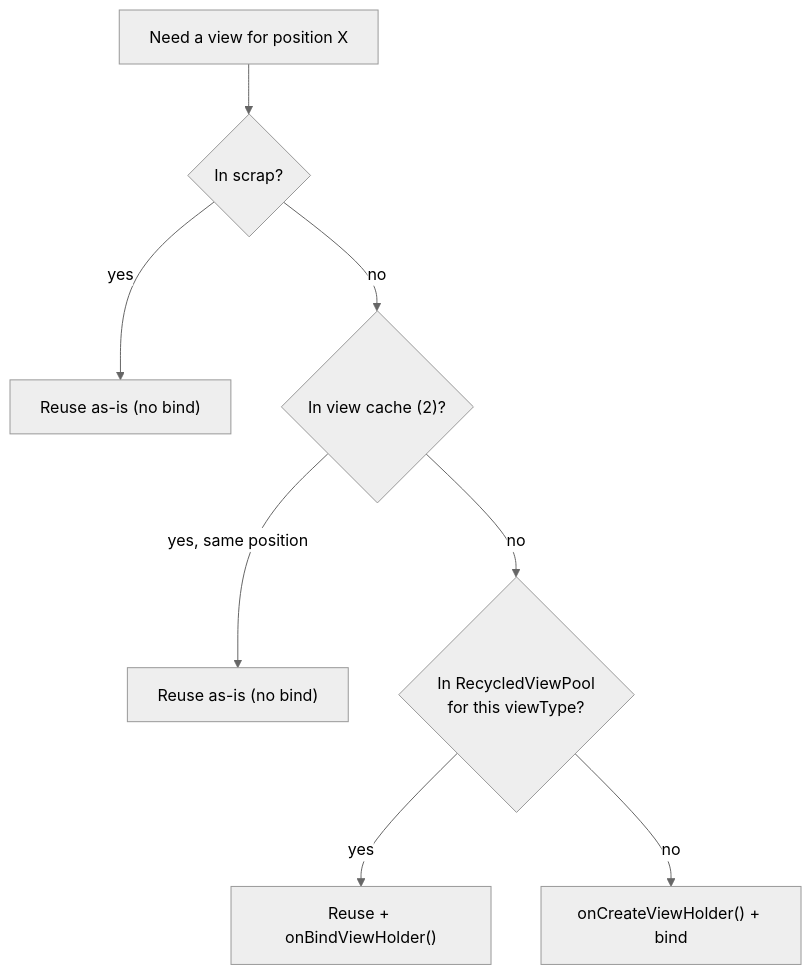
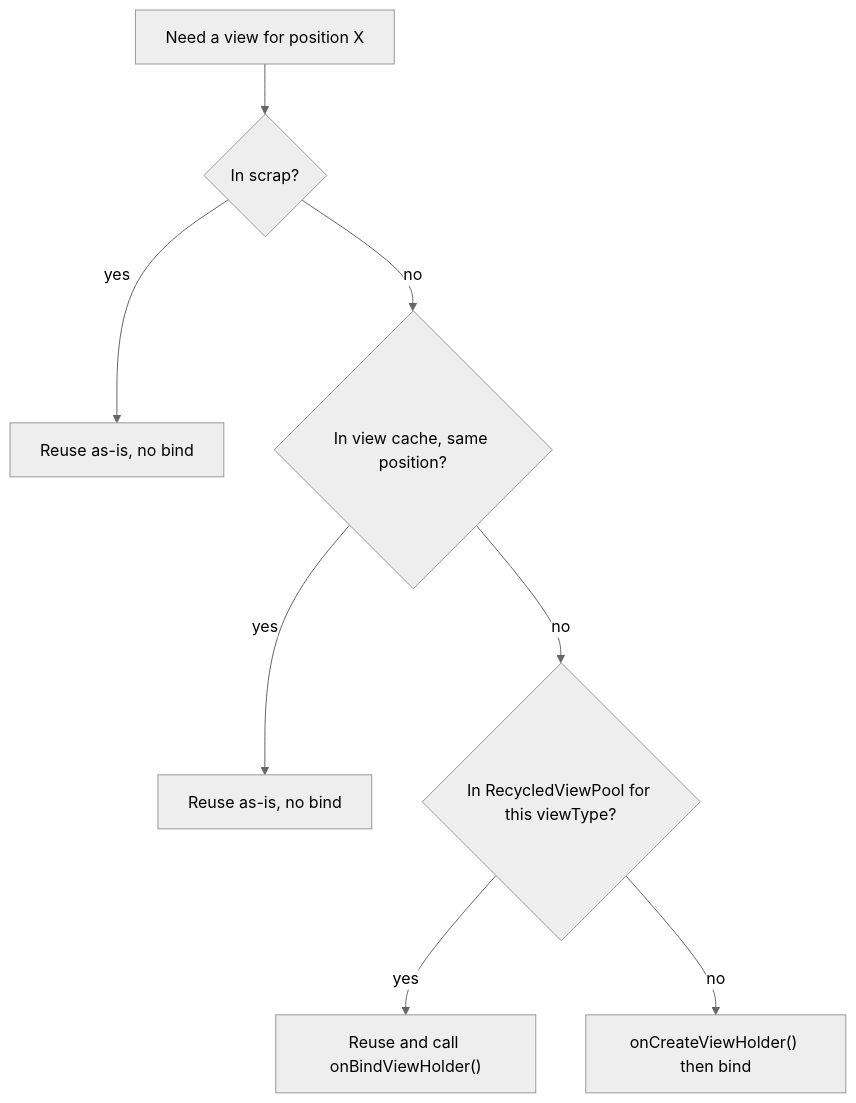
Before and after one commit to AkshayAshokCode/Android-Interview-Questions-cheat-sheet: the fourth of 12 diagrams in topics/10-ui-views.md, drawn with Mermaid (neutral theme). The commit also changed other lines of this file and 21 other files, not shown here.

````diff
--- a/topics/10-ui-views.md
+++ b/topics/10-ui-views.md
@@ -172,10 +683,10 @@
 ```mermaid
 flowchart TD
     N["Need a view for position X"] --> SC{"In scrap?"}
-    SC -->|"yes"| U1["Reuse as-is (no bind)"]
-    SC -->|"no"| CA{"In view cache (2)?"}
-    CA -->|"yes, same position"| U2["Reuse as-is (no bind)"]
-    CA -->|"no"| PO{"In RecycledViewPool<br/>for this viewType?"}
-    PO -->|"yes"| U3["Reuse + onBindViewHolder()"]
-    PO -->|"no"| CR["onCreateViewHolder() + bind"]
+    SC -->|"yes"| U1["Reuse as-is, no bind"]
+    SC -->|"no"| CA{"In view cache, same position?"}
+    CA -->|"yes"| U2["Reuse as-is, no bind"]
+    CA -->|"no"| PO{"In RecycledViewPool for this viewType?"}
+    PO -->|"yes"| U3["Reuse and call onBindViewHolder()"]
+    PO -->|"no"| CR["onCreateViewHolder() then bind"]
 ```
````
